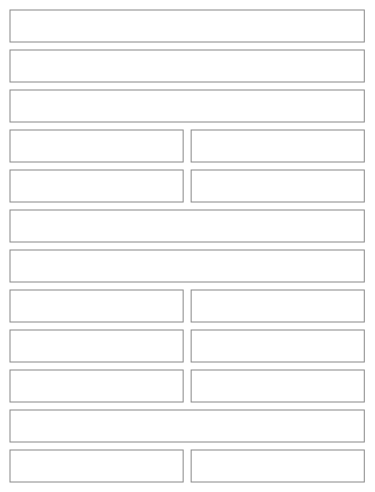
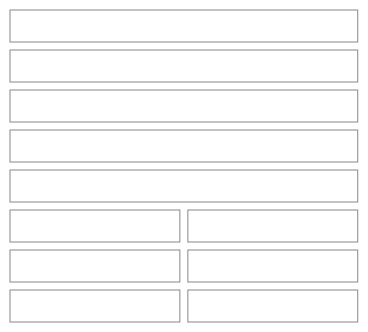
One commit to NovaMoonX/moondreams-dev-apps changed the ninth of 54 diagrams in src/apps/pinch/UX.md. Above: the diagram before and after it, drawn with Mermaid. The commit also changed other lines of this file and 163 other files, not shown here.

````diff
--- a/src/apps/pinch/UX.md
+++ b/src/apps/pinch/UX.md
@@ -360,41 +355,27 @@
 ```mermaid
 %%{init: {'theme': 'base', 'themeVariables': {'primaryColor': 'transparent', 'primaryBorderColor': '#888888', 'primaryTextColor': '#333333', 'lineColor': '#888888'}}}%%
 block-beta
   columns 2
-  M1["‹ Adobo chicken +2"]:2
-  M2["Tue, Oct 13 · 🍝 Dinner      Change"]:2
-  M3["Start from a saved meal"]:2
-  M4["+ New"]:1
-  M5["Taco night"]:1
-  M6["Chicken + rice"]:1
-  M7["Breakfast bowl"]:1
-  M8["What's on the plate?"]:2
-  M9["🔍 Search recipes, ingredients"]:2
-  M10["Adobo chicken"]:1
-  M11["− 2 +"]:1
-  M12["Cilantro lime rice"]:1
-  M13["− 2 +"]:1
-  M14["Doritos (nacho cheese)"]:1
-  M15["− 1 +"]:1
-  M16["Cost $11.20 ⚠ · 🔥 1,150 · 💪 64g"]:2
-  M17["Cancel"]:1
-  M18["Add to today"]:1
+  M1["‹ Dinner · Thu, Oct 15"]:2
+  M2["Change day or meal"]:2
+  M3["What's on the plate?"]:2
+  M4["🔍 Search recipes, saved meals, ingredients"]:2
+  M5["Your recent recipes and saved meals"]:2
+  M6["🍽️ Taco night"]:1
+  M7["🍲 Adobo chicken"]:1
+  M8["🍲 Cilantro lime rice"]:1
+  M9["🍽️ Game night nachos"]:1
+  M10["Cancel"]:1
+  M11["Plan for today"]:1
   style M1 fill:transparent,stroke:#888888,stroke-width:1px;
   style M2 fill:transparent,stroke:#888888,stroke-width:1px;
   style M3 fill:transparent,stroke:#888888,stroke-width:1px;
   style M4 fill:transparent,stroke:#888888,stroke-width:1px;
   style M5 fill:transparent,stroke:#888888,stroke-width:1px;
   style M6 fill:transparent,stroke:#888888,stroke-width:1px;
   style M7 fill:transparent,stroke:#888888,stroke-width:1px;
   style M8 fill:transparent,stroke:#888888,stroke-width:1px;
   style M9 fill:transparent,stroke:#888888,stroke-width:1px;
   style M10 fill:transparent,stroke:#888888,stroke-width:1px;
   style M11 fill:transparent,stroke:#888888,stroke-width:1px;
-  style M12 fill:transparent,stroke:#888888,stroke-width:1px;
-  style M13 fill:transparent,stroke:#888888,stroke-width:1px;
-  style M14 fill:transparent,stroke:#888888,stroke-width:1px;
-  style M15 fill:transparent,stroke:#888888,stroke-width:1px;
-  style M16 fill:transparent,stroke:#888888,stroke-width:1px;
-  style M17 fill:transparent,stroke:#888888,stroke-width:1px;
-  style M18 fill:transparent,stroke:#888888,stroke-width:1px;
 ```
````
